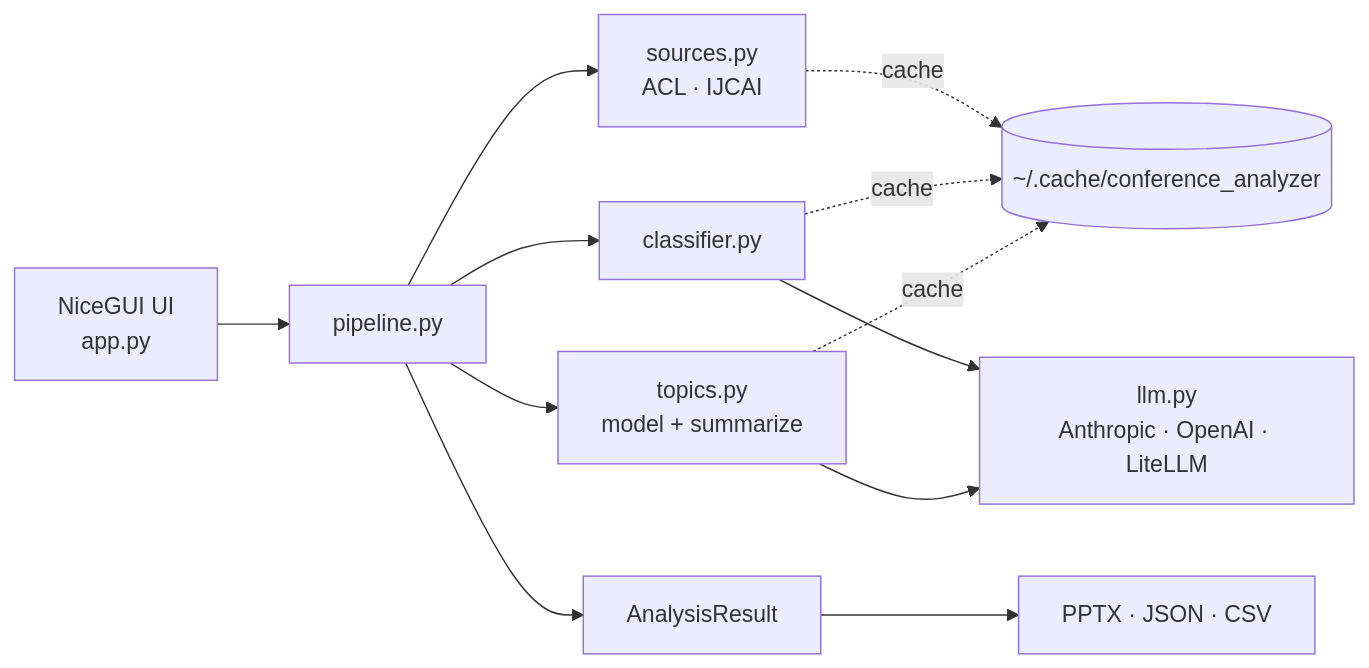
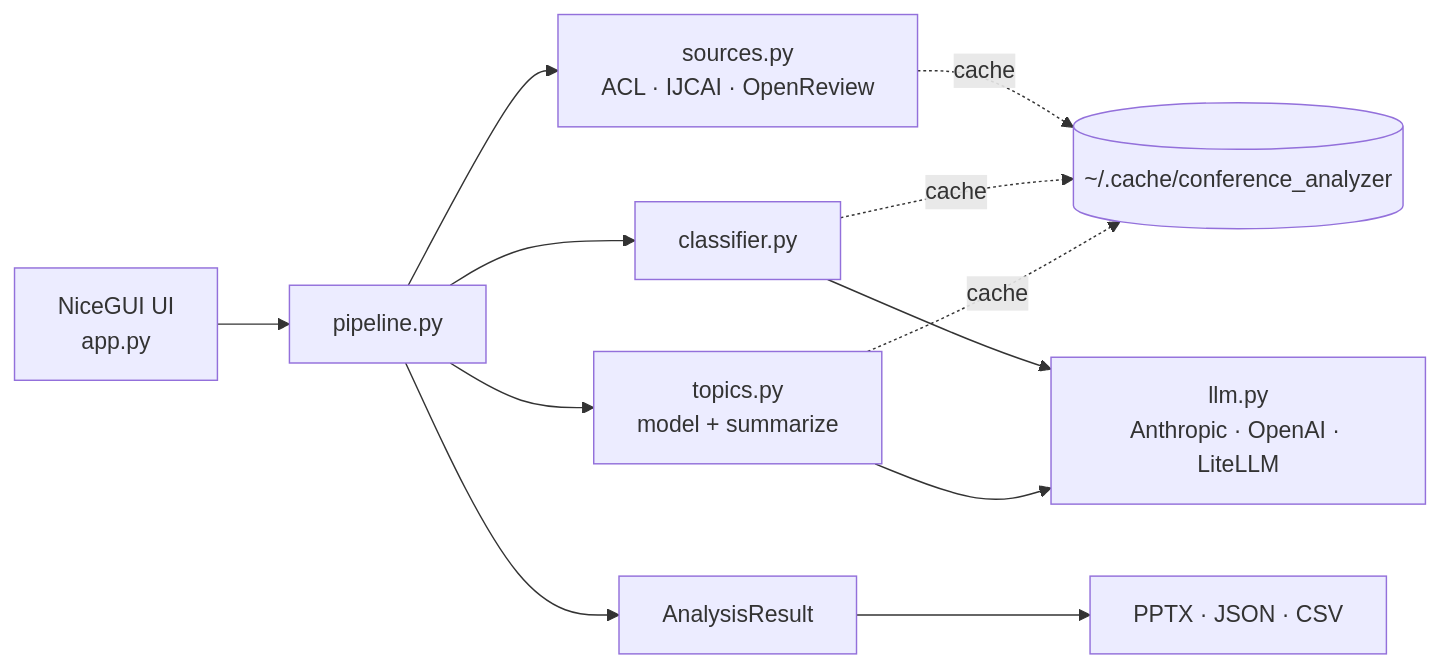
One commit to picaultj/conflens changed the diagram in README.md. Above: the diagram before and after it, drawn with Mermaid. The commit also changed other lines of this file and 4 other files, not shown here.

````diff
--- a/README.md
+++ b/README.md
@@ -103,13 +105,13 @@
 ```mermaid
 flowchart LR
     UI["NiceGUI UI<br/>app.py"] --> PIPE["pipeline.py"]
-    PIPE --> SRC["sources.py<br/>ACL · IJCAI"]
+    PIPE --> SRC["sources.py<br/>ACL · IJCAI · OpenReview"]
     PIPE --> CLS["classifier.py"]
     PIPE --> TOP["topics.py<br/>model + summarize"]
     CLS --> LLM["llm.py<br/>Anthropic · OpenAI · LiteLLM"]
     TOP --> LLM
     PIPE --> RES["AnalysisResult"] --> EXP["PPTX · JSON · CSV"]
     SRC -. cache .-> CACHE[("~/.cache/conference_analyzer")]
     CLS -. cache .-> CACHE
     TOP -. cache .-> CACHE
 ```
````
